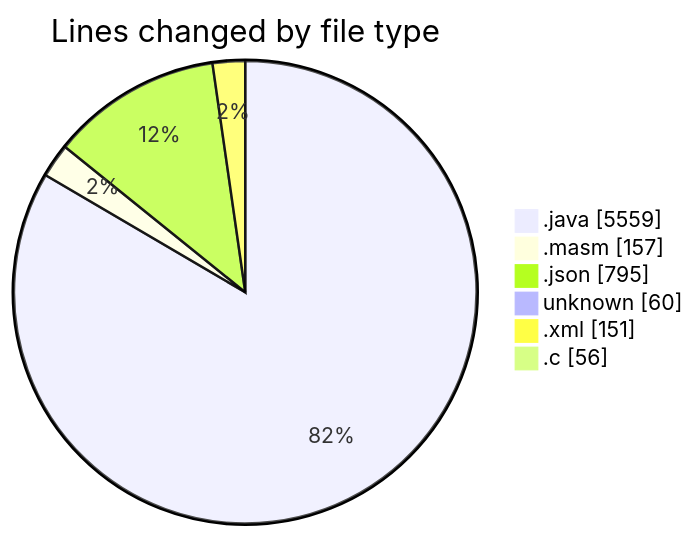
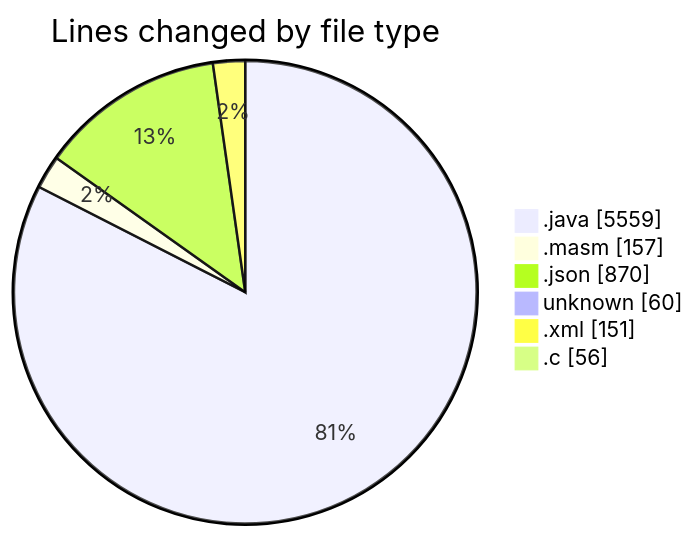
The first of 2 diagrams in 2025-02-19/masm/README.md (charlie-sans/code-tracking), drawn with Mermaid before and after one commit. The commit also changed other lines of this file and 1 other file, not shown here.

````diff
--- a/2025-02-19/masm/README.md
+++ b/2025-02-19/masm/README.md
@@ -43,10 +44,10 @@
 ```mermaid
 pie showData
 title Lines changed by file type
 ".java" : 5559
 ".masm" : 157
-".json" : 795
+".json" : 870
 "unknown" : 60
 ".xml" : 151
 ".c" : 56
 ```
````
